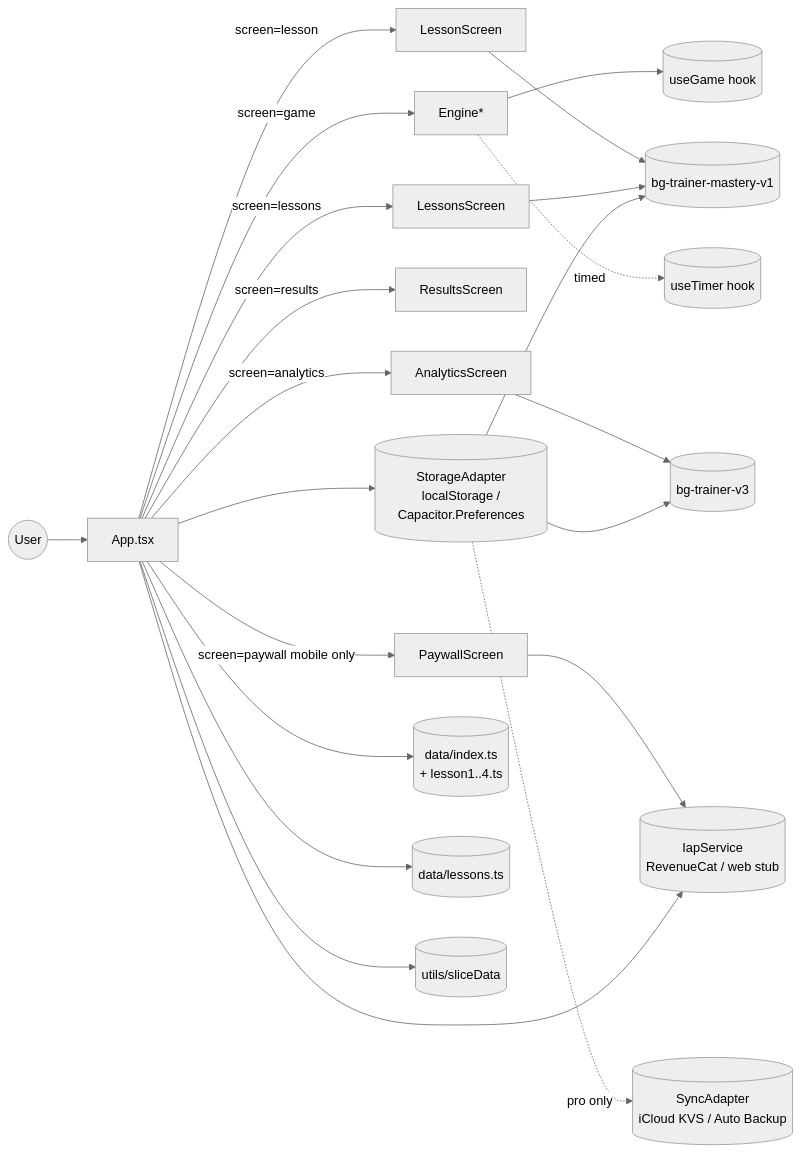
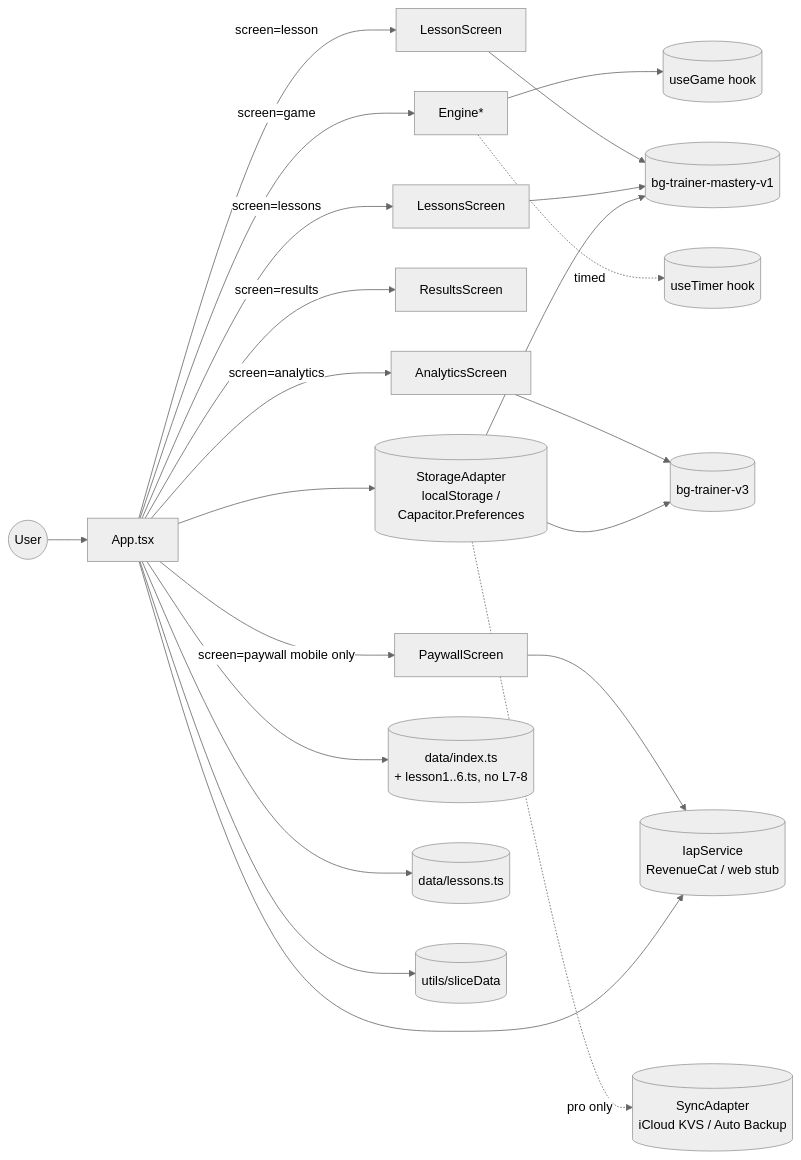
The diagram in documents/design.md (korchasa/bg-trainer), drawn with Mermaid (neutral theme) before and after one commit. The commit also changed other lines of this file and 5 other files, not shown here.

````diff
--- a/documents/design.md
+++ b/documents/design.md
@@ -9,24 +9,24 @@
   ```mermaid
   flowchart LR
     User((User)) --> App[App.tsx]
     App -->|screen=lessons| Lessons[LessonsScreen]
     App -->|screen=lesson| Lesson[LessonScreen]
     App -->|screen=game| Engine[Engine*]
     App -->|screen=results| Results[ResultsScreen]
     App -->|screen=analytics| Analytics[AnalyticsScreen]
     App -->|screen=paywall mobile only| Paywall[PaywallScreen]
     Engine --> useGame[(useGame hook)]
     Engine -.timed.-> useTimer[(useTimer hook)]
     App --> Storage[(StorageAdapter\n localStorage / Capacitor.Preferences)]
     Storage --> History[(bg-trainer-v3)]
     Storage --> Mastery[(bg-trainer-mastery-v1)]
     App --> IAP[(IapService\n RevenueCat / web stub)]
     Paywall --> IAP
     Storage -.pro only.-> Sync[(SyncAdapter\n iCloud KVS / Auto Backup)]
     Analytics --> History
     Lessons --> Mastery
     Lesson --> Mastery
-    App --> Data[(data/index.ts\n + lesson1..4.ts)]
+    App --> Data[(data/index.ts\n + lesson1..6.ts, no L7-8)]
     App --> LessonsData[(data/lessons.ts)]
     App --> Slice[(utils/sliceData)]
   ```
````
